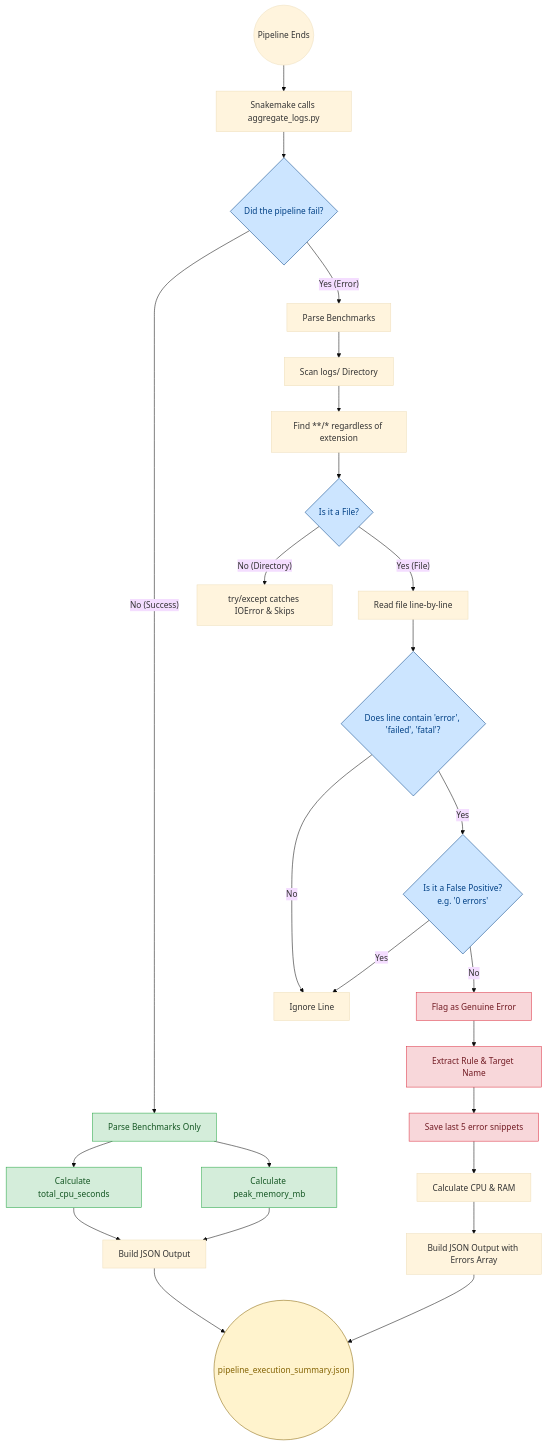
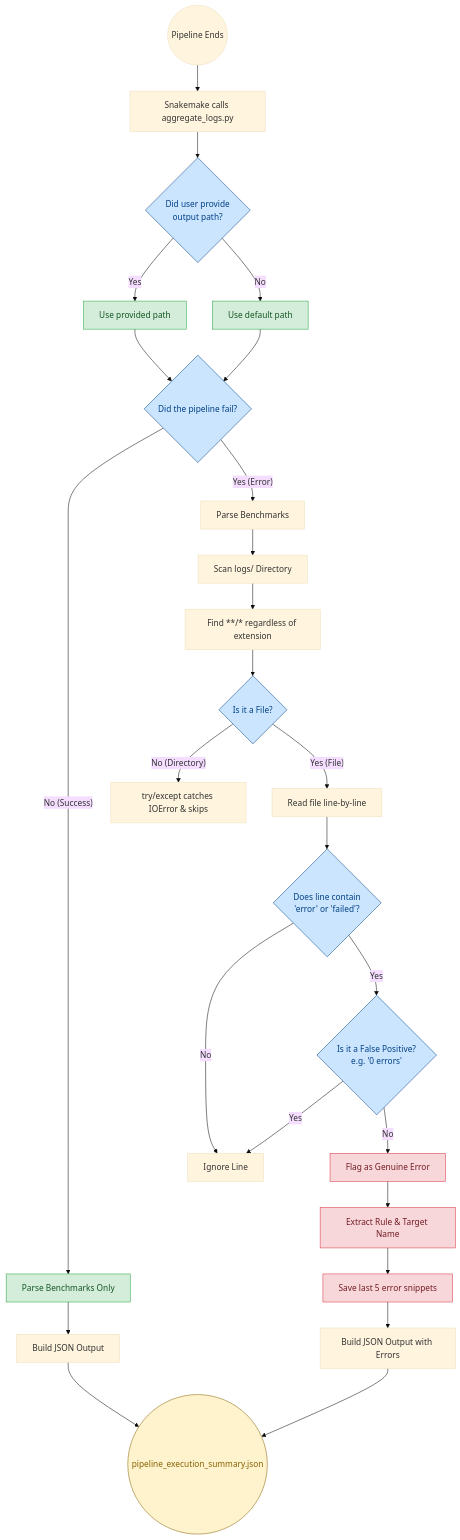
One commit to BDB-Genomics/bdb-cutandrun changed the diagram in rules/scripts/README.md. Above: the diagram before and after it, drawn with Mermaid (base theme). The commit also changed other lines of this file, not shown here.

Commit message:
Docs: Update README with concise feature excerpts and updated flowchart

````diff
--- a/rules/scripts/README.md
+++ b/rules/scripts/README.md
@@ -16,54 +41,56 @@
 ```mermaid
 graph TD
     %% Main Entry Point
     Start((Pipeline Ends)) --> A[Snakemake calls aggregate_logs.py]
-    A --> B{Did the pipeline fail?}
+    
+    %% Fallback Logic
+    A --> Args{Did user provide <br> output path?}
+    Args -- Yes --> B1[Use provided path]
+    Args -- No --> B2[Use default path]
+    B1 & B2 --> B{Did the pipeline fail?}
 
     %% Path 1: Success
     B -- No (Success) --> C[Parse Benchmarks Only]
-    C --> D[Calculate total_cpu_seconds]
-    C --> E[Calculate peak_memory_mb]
-    D & E --> F[Build JSON Output]
+    C --> F[Build JSON Output]
     F --> G((pipeline_execution_summary.json))
 
     %% Path 2: Failure
     B -- Yes (Error) --> H[Parse Benchmarks]
     H --> I[Scan logs/ Directory]
 
     %% The Scanning Loop
     I --> J[Find **/* regardless of extension]
     J --> K{Is it a File?}
     
     %% EAFP Handling
-    K -- No (Directory) --> L[try/except catches IOError & Skips]
+    K -- No (Directory) --> L[try/except catches IOError & skips]
     K -- Yes (File) --> M[Read file line-by-line]
     
     %% The Filtering Logic
-    M --> N{Does line contain 'error', 'failed', 'fatal'?}
+    M --> N{Does line contain <br> 'error' or 'failed'?}
     N -- No --> O[Ignore Line]
-    N -- Yes --> P{Is it a False Positive? \n e.g. '0 errors'}
+    N -- Yes --> P{Is it a False Positive? <br> e.g. '0 errors'}
     
     %% Verdict
     P -- Yes --> O
     P -- No --> Q[Flag as Genuine Error]
     
     %% Extraction
     Q --> R[Extract Rule & Target Name]
     R --> S[Save last 5 error snippets]
     
     %% Assembly
-    S --> T[Calculate CPU & RAM]
-    T --> U[Build JSON Output with Errors Array]
+    S --> U[Build JSON Output with Errors]
     U --> G
 
     %% Styling
     classDef success fill:#d4edda,stroke:#28a745,color:#155724;
     classDef error fill:#f8d7da,stroke:#dc3545,color:#721c24;
     classDef logic fill:#cce5ff,stroke:#004085,color:#004085;
     classDef artifact fill:#fff3cd,stroke:#856404,color:#856404;
 
-    class B,N,P,K logic;
-    class C,D,E success;
+    class B,N,P,K,Args logic;
+    class C,B1,B2 success;
     class Q,R,S error;
     class G artifact;
 ```
````
